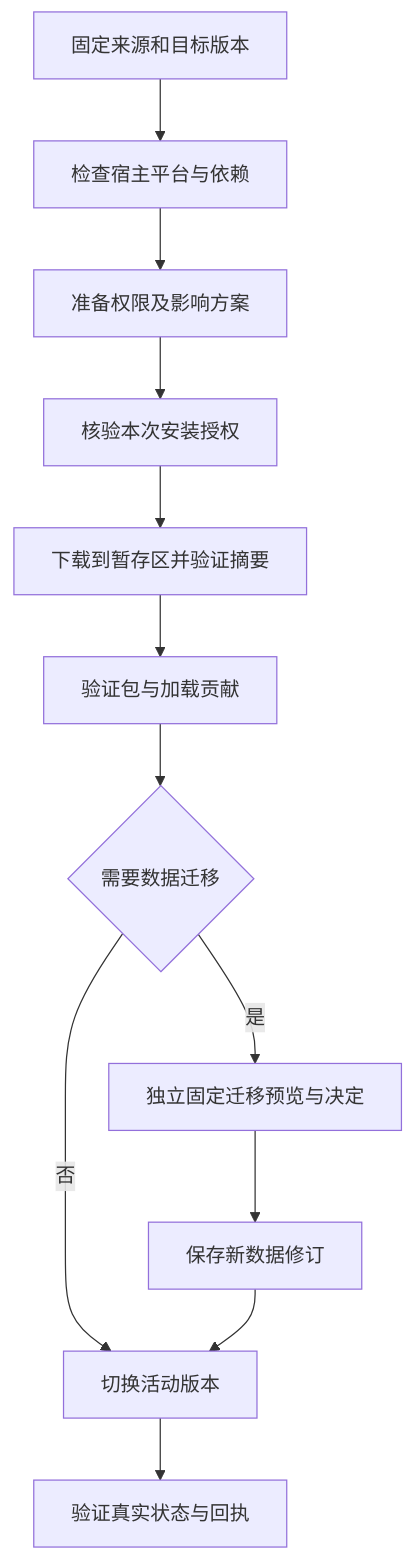
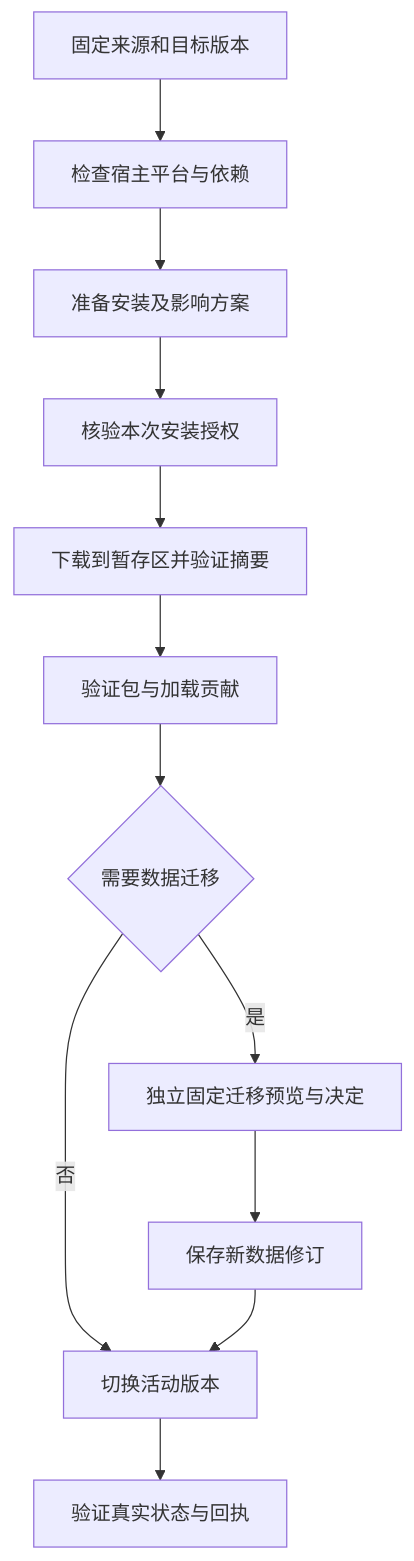
Before and after one commit to limecloud/hetu: the second of 2 diagrams in docs/plugin/10-插件包SDK与生命周期.md, drawn with Mermaid. The commit also changed other lines of this file and 168 other files, not shown here.

````diff
--- a/docs/plugin/10-插件包SDK与生命周期.md
+++ b/docs/plugin/10-插件包SDK与生命周期.md
@@ -86,14 +88,14 @@
 ```mermaid
 flowchart TD
     A[固定来源和目标版本] --> B[检查宿主平台与依赖]
-    B --> C[准备权限及影响方案]
+    B --> C[准备安装及影响方案]
     C --> D[核验本次安装授权]
     D --> E[下载到暂存区并验证摘要]
     E --> F[验证包与加载贡献]
     F --> G{需要数据迁移}
     G -->|否| H[切换活动版本]
     G -->|是| I[独立固定迁移预览与决定]
     I --> J[保存新数据修订]
     J --> H
     H --> K[验证真实状态与回执]
 ```
````
